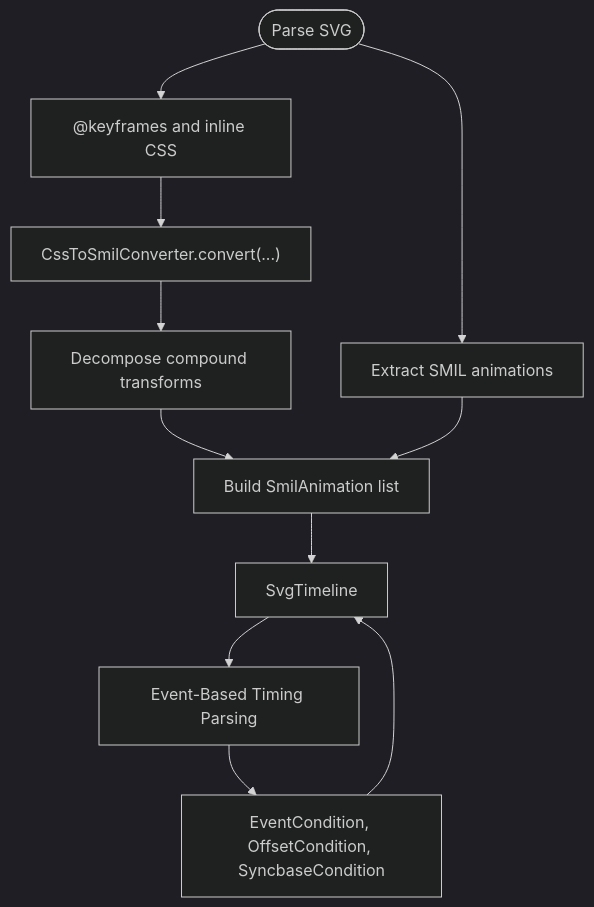
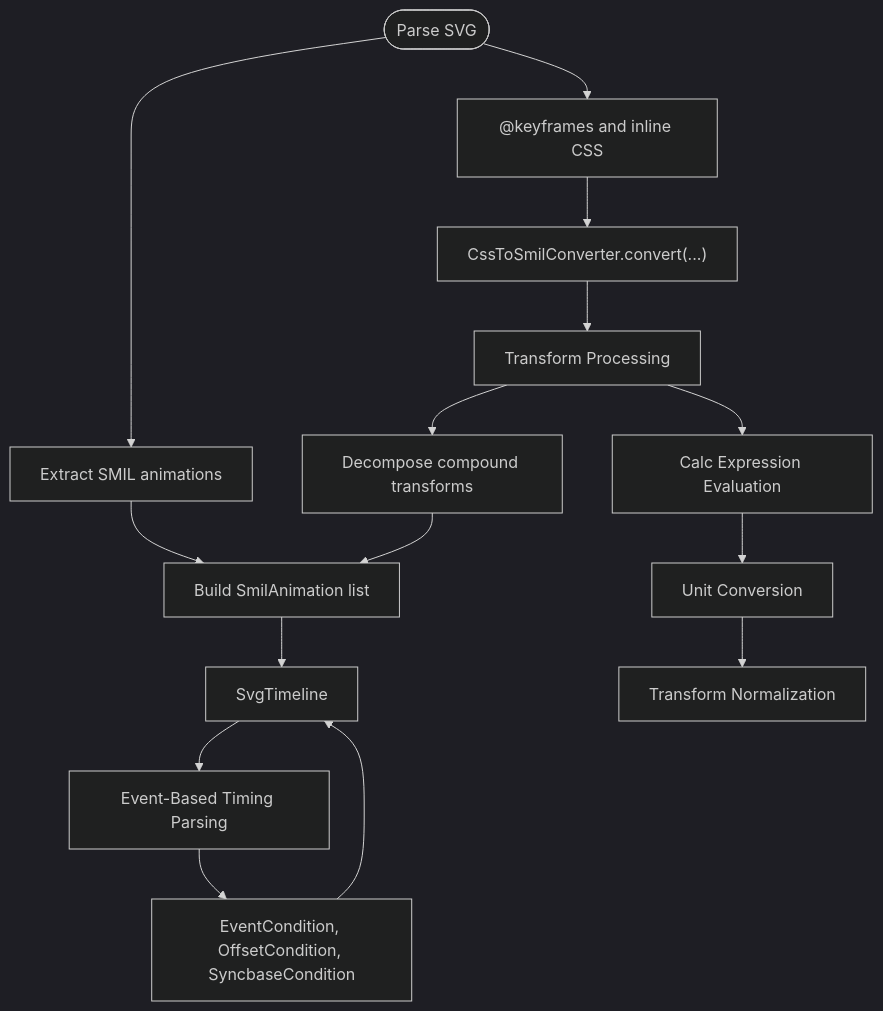
One commit to denisnadey/flutter_full_svg_support changed the third of 4 diagrams in .qoder/repowiki/en/content/API Reference/Animation APIs.md. Above: the diagram before and after it, drawn with Mermaid (dark theme). The commit also changed other lines of this file and 40 other files, not shown here.

First line of the commit message:
feat(animation): enhance transform processing and event-driven animation system

````diff
--- a/.qoder/repowiki/en/content/API Reference/Animation APIs.md
+++ b/.qoder/repowiki/en/content/API Reference/Animation APIs.md
@@ -318,13 +381,17 @@
 ```mermaid
 flowchart TD
 Start(["Parse SVG"]) --> ExtractSMIL["Extract SMIL animations"]
 Start --> ExtractCSS["@keyframes and inline CSS"]
 ExtractCSS --> Convert["CssToSmilConverter.convert(...)"]
-Convert --> Decompose["Decompose compound transforms"]
+Convert --> TransformProcessing["Transform Processing"]
+TransformProcessing --> Decompose["Decompose compound transforms"]
 Decompose --> BuildSMIL["Build SmilAnimation list"]
 ExtractSMIL --> BuildSMIL
 BuildSMIL --> Timeline["SvgTimeline"]
 Timeline --> EventParsing["Event-Based Timing Parsing"]
 EventParsing --> EventConditions["EventCondition, OffsetCondition, SyncbaseCondition"]
 EventConditions --> Timeline
+TransformProcessing --> CalcEvaluation["Calc Expression Evaluation"]
+CalcEvaluation --> UnitConversion["Unit Conversion"]
+UnitConversion --> TransformNormalization["Transform Normalization"]
 ```
````
